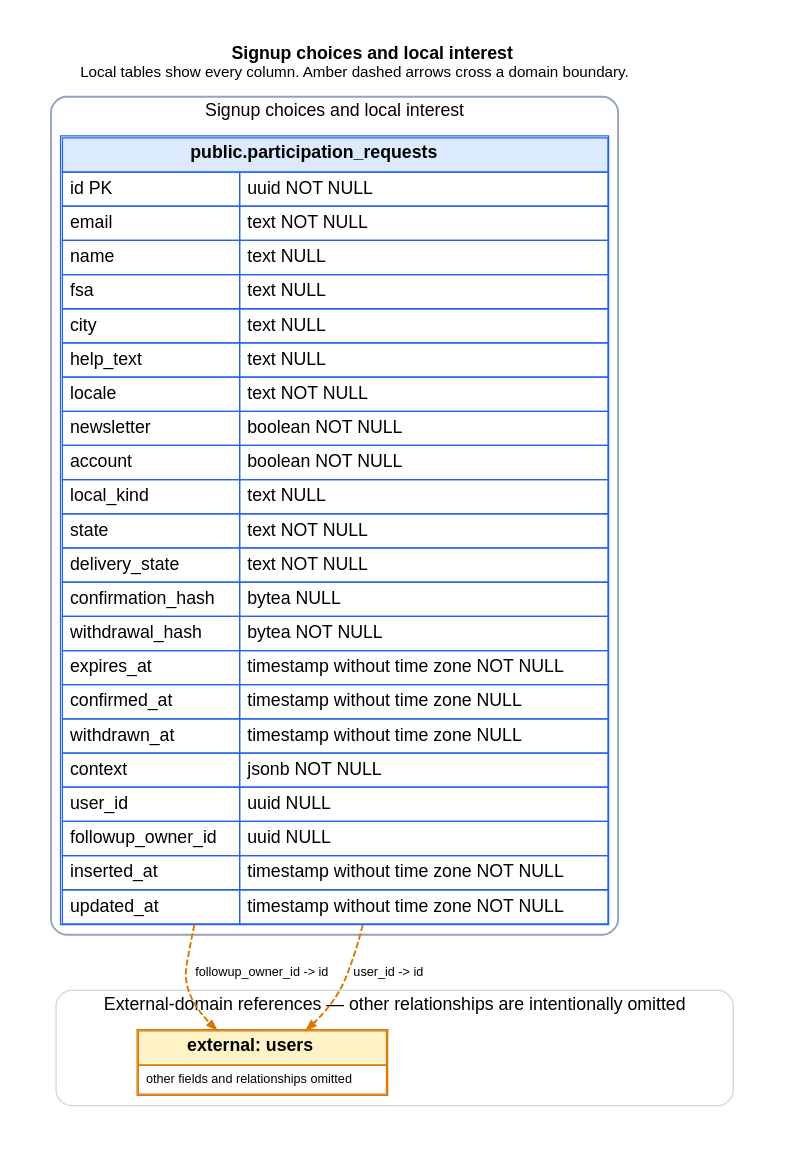
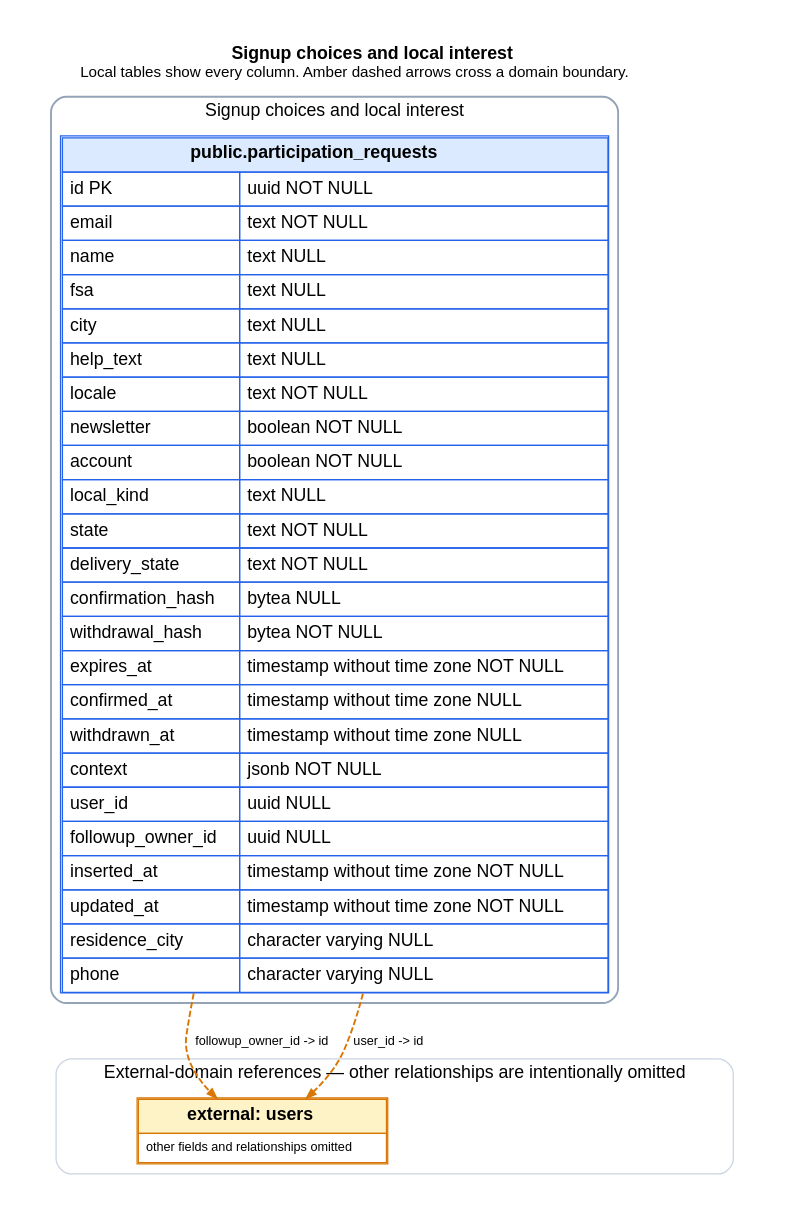
Before and after one commit to ogourment/pauseai.ca-website: the diagram in docs/schema/domains/participation.dot, drawn with Graphviz. The commit also changed 38 other files, not shown here.

Commit message:
Clarify signup choices, add account continuation and optional phone

```diff
--- a/docs/schema/domains/participation.dot
+++ b/docs/schema/domains/participation.dot
@@ -1,38 +1,38 @@
 digraph participation {
   graph [rankdir=TB, bgcolor="white", pad=0.35, nodesep=0.6, ranksep=0.9, fontname="Helvetica"];
   node [shape=plain, fontname="Helvetica"];
   edge [fontname="Helvetica", fontsize=10, arrowsize=0.7];
   labelloc="t";
   label=< <B>Signup choices and local interest</B><BR/><FONT POINT-SIZE="12">Local tables show every column. Amber dashed arrows cross a domain boundary.</FONT> >;
 
   subgraph cluster_local {
     label="Signup choices and local interest";
     color="#94a3b8";
     penwidth=1.5;
     style="rounded";
   "participation_requests" [label=<
     <TABLE BORDER="1" CELLBORDER="1" CELLSPACING="0" CELLPADDING="5" COLOR="#2563eb">
       <TR><TD BGCOLOR="#dbeafe" COLSPAN="2"><B>public.participation_requests</B></TD></TR>
-      <TR><TD ALIGN="LEFT">id PK</TD><TD ALIGN="LEFT">uuid NOT NULL</TD></TR><TR><TD ALIGN="LEFT">email</TD><TD ALIGN="LEFT">text NOT NULL</TD></TR><TR><TD ALIGN="LEFT">name</TD><TD ALIGN="LEFT">text NULL</TD></TR><TR><TD ALIGN="LEFT">fsa</TD><TD ALIGN="LEFT">text NULL</TD></TR><TR><TD ALIGN="LEFT">city</TD><TD ALIGN="LEFT">text NULL</TD></TR><TR><TD ALIGN="LEFT">help_text</TD><TD ALIGN="LEFT">text NULL</TD></TR><TR><TD ALIGN="LEFT">locale</TD><TD ALIGN="LEFT">text NOT NULL</TD></TR><TR><TD ALIGN="LEFT">newsletter</TD><TD ALIGN="LEFT">boolean NOT NULL</TD></TR><TR><TD ALIGN="LEFT">account</TD><TD ALIGN="LEFT">boolean NOT NULL</TD></TR><TR><TD ALIGN="LEFT">local_kind</TD><TD ALIGN="LEFT">text NULL</TD></TR><TR><TD ALIGN="LEFT">state</TD><TD ALIGN="LEFT">text NOT NULL</TD></TR><TR><TD ALIGN="LEFT">delivery_state</TD><TD ALIGN="LEFT">text NOT NULL</TD></TR><TR><TD ALIGN="LEFT">confirmation_hash</TD><TD ALIGN="LEFT">bytea NULL</TD></TR><TR><TD ALIGN="LEFT">withdrawal_hash</TD><TD ALIGN="LEFT">bytea NOT NULL</TD></TR><TR><TD ALIGN="LEFT">expires_at</TD><TD ALIGN="LEFT">timestamp without time zone NOT NULL</TD></TR><TR><TD ALIGN="LEFT">confirmed_at</TD><TD ALIGN="LEFT">timestamp without time zone NULL</TD></TR><TR><TD ALIGN="LEFT">withdrawn_at</TD><TD ALIGN="LEFT">timestamp without time zone NULL</TD></TR><TR><TD ALIGN="LEFT">context</TD><TD ALIGN="LEFT">jsonb NOT NULL</TD></TR><TR><TD ALIGN="LEFT">user_id</TD><TD ALIGN="LEFT">uuid NULL</TD></TR><TR><TD ALIGN="LEFT">followup_owner_id</TD><TD ALIGN="LEFT">uuid NULL</TD></TR><TR><TD ALIGN="LEFT">inserted_at</TD><TD ALIGN="LEFT">timestamp without time zone NOT NULL</TD></TR><TR><TD ALIGN="LEFT">updated_at</TD><TD ALIGN="LEFT">timestamp without time zone NOT NULL</TD></TR>
+      <TR><TD ALIGN="LEFT">id PK</TD><TD ALIGN="LEFT">uuid NOT NULL</TD></TR><TR><TD ALIGN="LEFT">email</TD><TD ALIGN="LEFT">text NOT NULL</TD></TR><TR><TD ALIGN="LEFT">name</TD><TD ALIGN="LEFT">text NULL</TD></TR><TR><TD ALIGN="LEFT">fsa</TD><TD ALIGN="LEFT">text NULL</TD></TR><TR><TD ALIGN="LEFT">city</TD><TD ALIGN="LEFT">text NULL</TD></TR><TR><TD ALIGN="LEFT">help_text</TD><TD ALIGN="LEFT">text NULL</TD></TR><TR><TD ALIGN="LEFT">locale</TD><TD ALIGN="LEFT">text NOT NULL</TD></TR><TR><TD ALIGN="LEFT">newsletter</TD><TD ALIGN="LEFT">boolean NOT NULL</TD></TR><TR><TD ALIGN="LEFT">account</TD><TD ALIGN="LEFT">boolean NOT NULL</TD></TR><TR><TD ALIGN="LEFT">local_kind</TD><TD ALIGN="LEFT">text NULL</TD></TR><TR><TD ALIGN="LEFT">state</TD><TD ALIGN="LEFT">text NOT NULL</TD></TR><TR><TD ALIGN="LEFT">delivery_state</TD><TD ALIGN="LEFT">text NOT NULL</TD></TR><TR><TD ALIGN="LEFT">confirmation_hash</TD><TD ALIGN="LEFT">bytea NULL</TD></TR><TR><TD ALIGN="LEFT">withdrawal_hash</TD><TD ALIGN="LEFT">bytea NOT NULL</TD></TR><TR><TD ALIGN="LEFT">expires_at</TD><TD ALIGN="LEFT">timestamp without time zone NOT NULL</TD></TR><TR><TD ALIGN="LEFT">confirmed_at</TD><TD ALIGN="LEFT">timestamp without time zone NULL</TD></TR><TR><TD ALIGN="LEFT">withdrawn_at</TD><TD ALIGN="LEFT">timestamp without time zone NULL</TD></TR><TR><TD ALIGN="LEFT">context</TD><TD ALIGN="LEFT">jsonb NOT NULL</TD></TR><TR><TD ALIGN="LEFT">user_id</TD><TD ALIGN="LEFT">uuid NULL</TD></TR><TR><TD ALIGN="LEFT">followup_owner_id</TD><TD ALIGN="LEFT">uuid NULL</TD></TR><TR><TD ALIGN="LEFT">inserted_at</TD><TD ALIGN="LEFT">timestamp without time zone NOT NULL</TD></TR><TR><TD ALIGN="LEFT">updated_at</TD><TD ALIGN="LEFT">timestamp without time zone NOT NULL</TD></TR><TR><TD ALIGN="LEFT">residence_city</TD><TD ALIGN="LEFT">character varying NULL</TD></TR><TR><TD ALIGN="LEFT">phone</TD><TD ALIGN="LEFT">character varying NULL</TD></TR>
     </TABLE>
   >];
 
   }
 
   subgraph cluster_external {
     label="External-domain references — other relationships are intentionally omitted";
     color="#cbd5e1";
     penwidth=1;
     style="rounded";
   "users" [label=<
     <TABLE BORDER="1" CELLBORDER="1" CELLSPACING="0" CELLPADDING="5" COLOR="#d97706">
       <TR><TD BGCOLOR="#fef3c7"><B>external: users</B></TD></TR>
       <TR><TD><FONT POINT-SIZE="10">other fields and relationships omitted</FONT></TD></TR>
     </TABLE>
   >];
 
   }
 
   "participation_requests" -> "users" [label="followup_owner_id -> id", color="#d97706", style="dashed", penwidth=1.5];
   "participation_requests" -> "users" [label="user_id -> id", color="#d97706", style="dashed", penwidth=1.5];
 }
```
